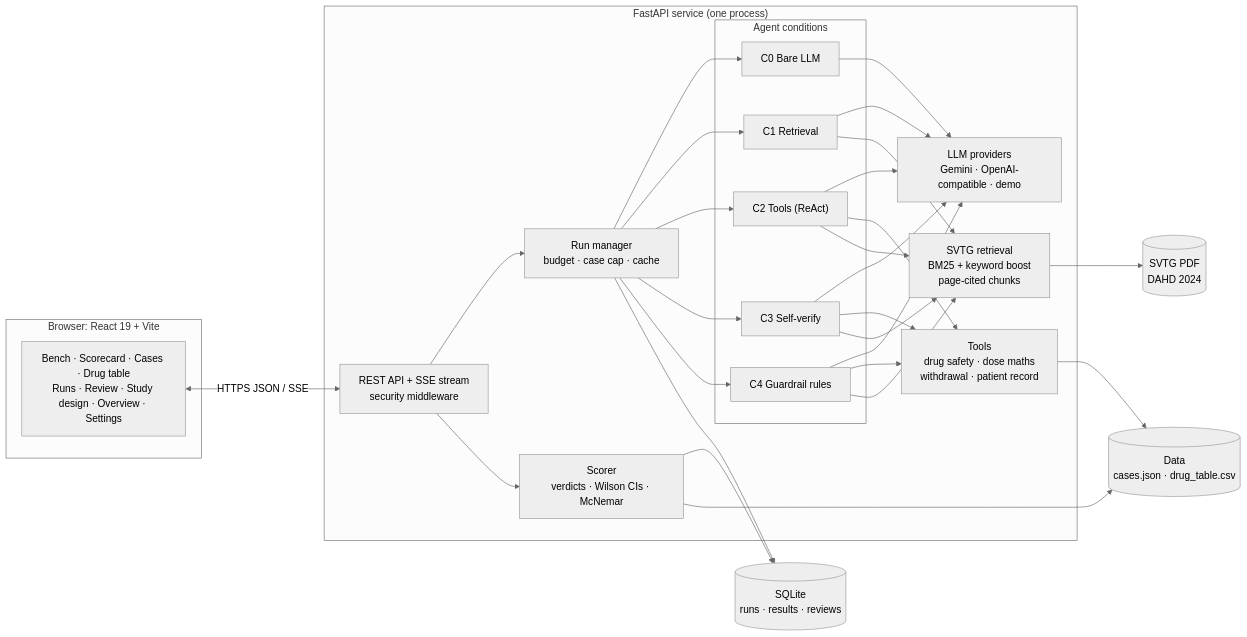
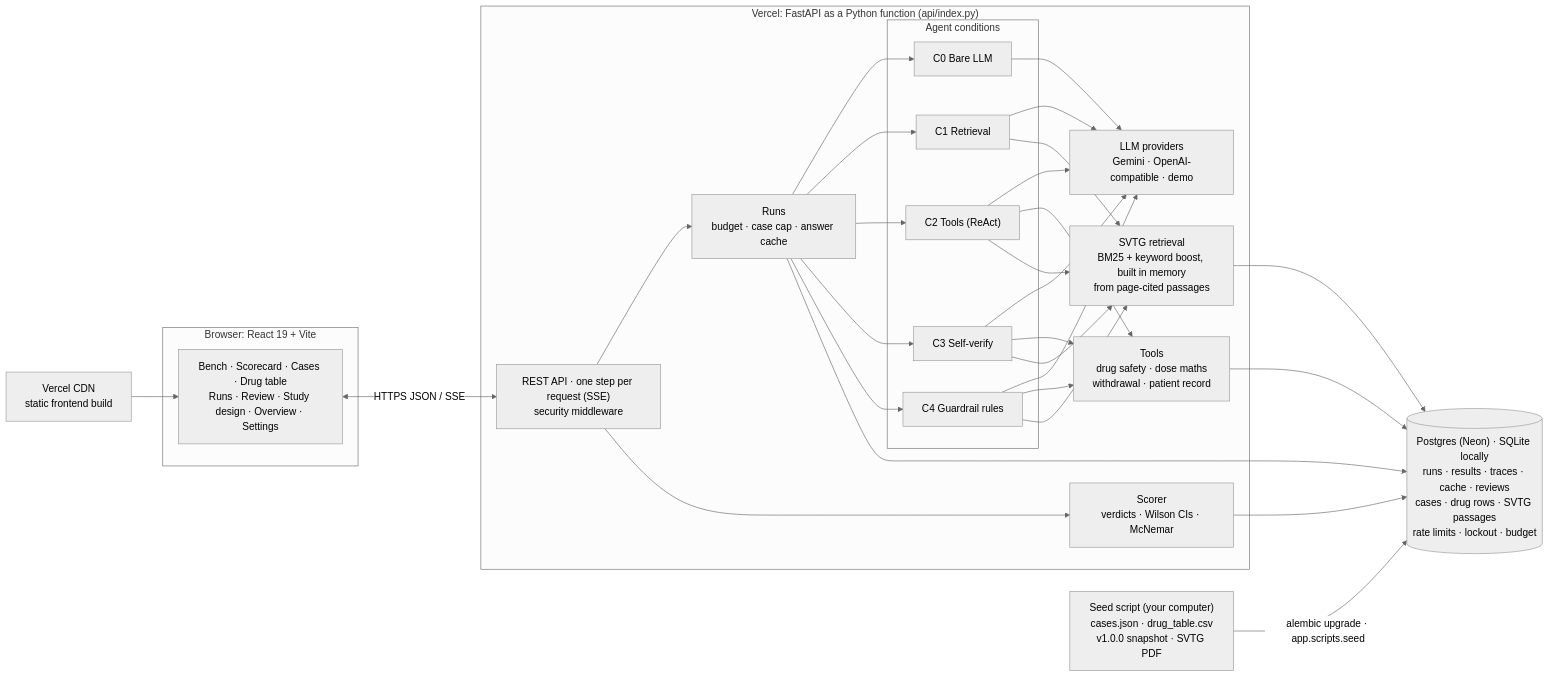
One commit to Shubhomoy919/VetAgent changed the diagram in README.md. Above: the diagram before and after it, drawn with Mermaid (neutral theme). The commit also changed other lines of this file and 6 other files, not shown here.

First line of the commit message:
Docs for Vercel: deployment guide, README, changelog 1.1.0, live-URL script

````diff
--- a/README.md
+++ b/README.md
@@ -168,40 +173,40 @@
 ```mermaid
 flowchart LR
   subgraph Browser["Browser: React 19 + Vite"]
     UI["Bench · Scorecard · Cases · Drug table<br/>Runs · Review · Study design · Overview · Settings"]
   end
 
-  subgraph Server["FastAPI service (one process)"]
-    API["REST API + SSE stream<br/>security middleware"]
-    MGR["Run manager<br/>budget · case cap · cache"]
+  subgraph Server["Vercel: FastAPI as a Python function (api/index.py)"]
+    API["REST API · one step per request (SSE)<br/>security middleware"]
+    MGR["Runs<br/>budget · case cap · answer cache"]
     subgraph Agents["Agent conditions"]
       C0["C0 Bare LLM"]
       C1["C1 Retrieval"]
       C2["C2 Tools (ReAct)"]
       C3["C3 Self-verify"]
       C4["C4 Guardrail rules"]
     end
     TOOLS["Tools<br/>drug safety · dose maths<br/>withdrawal · patient record"]
-    RET["SVTG retrieval<br/>BM25 + keyword boost<br/>page-cited chunks"]
+    RET["SVTG retrieval<br/>BM25 + keyword boost, built in memory<br/>from page-cited passages"]
     SCORE["Scorer<br/>verdicts · Wilson CIs · McNemar"]
     LLM["LLM providers<br/>Gemini · OpenAI-compatible · demo"]
   end
 
-  DATA[("Data<br/>cases.json · drug_table.csv")]
-  PDF[("SVTG PDF<br/>DAHD 2024")]
-  DB[("SQLite<br/>runs · results · reviews")]
+  DB[("Postgres (Neon) · SQLite locally<br/>runs · results · traces · cache · reviews<br/>cases · drug rows · SVTG passages<br/>rate limits · lockout · budget")]
+  SEED["Seed script (your computer)<br/>cases.json · drug_table.csv<br/>v1.0.0 snapshot · SVTG PDF"]
 
+  CDN["Vercel CDN<br/>static frontend build"] --> UI
   UI <-->|"HTTPS JSON / SSE"| API
   API --> MGR
   MGR --> C0 & C1 & C2 & C3 & C4
   C0 & C1 & C2 & C3 & C4 --> LLM
   C1 --> RET
   C2 & C3 & C4 --> TOOLS
   C2 & C3 & C4 --> RET
-  TOOLS --> DATA
-  RET --> PDF
+  TOOLS --> DB
+  RET --> DB
   MGR --> DB
   API --> SCORE
   SCORE --> DB
-  SCORE --> DATA
+  SEED -->|"alembic upgrade · app.scripts.seed"| DB
 ```
````
